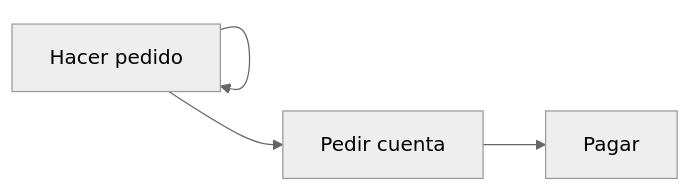
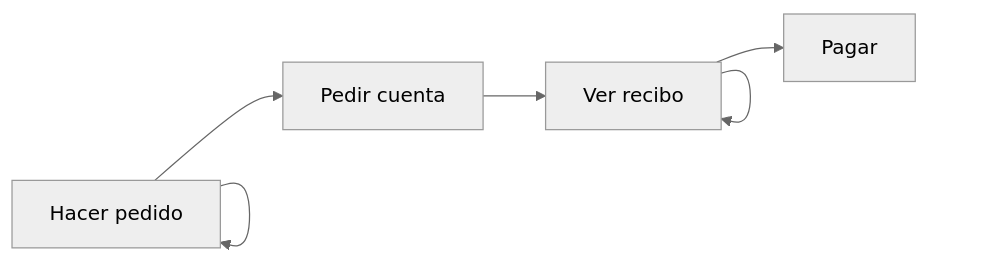
One commit to pabenito/QRest changed the fourth of 8 diagrams in documentacion/requisitos/casos_de_uso.md. Above: the diagram before and after it, drawn with Mermaid (neutral theme). The commit also changed other lines of this file, not shown here.

````diff
--- a/documentacion/requisitos/casos_de_uso.md
+++ b/documentacion/requisitos/casos_de_uso.md
@@ -145,9 +154,10 @@
 ```mermaid
 flowchart LR
     hacer_pedido[Hacer pedido]
     pedir_cuenta[Pedir cuenta]
+    ver_recibo[Ver recibo]
     pagar[Pagar]
-    hacer_pedido --> hacer_pedido
-    hacer_pedido --> pedir_cuenta
-    pedir_cuenta --> pagar
+    hacer_pedido --> hacer_pedido & pedir_cuenta
+    pedir_cuenta --> ver_recibo
+    ver_recibo --> ver_recibo & pagar
 ```
````
